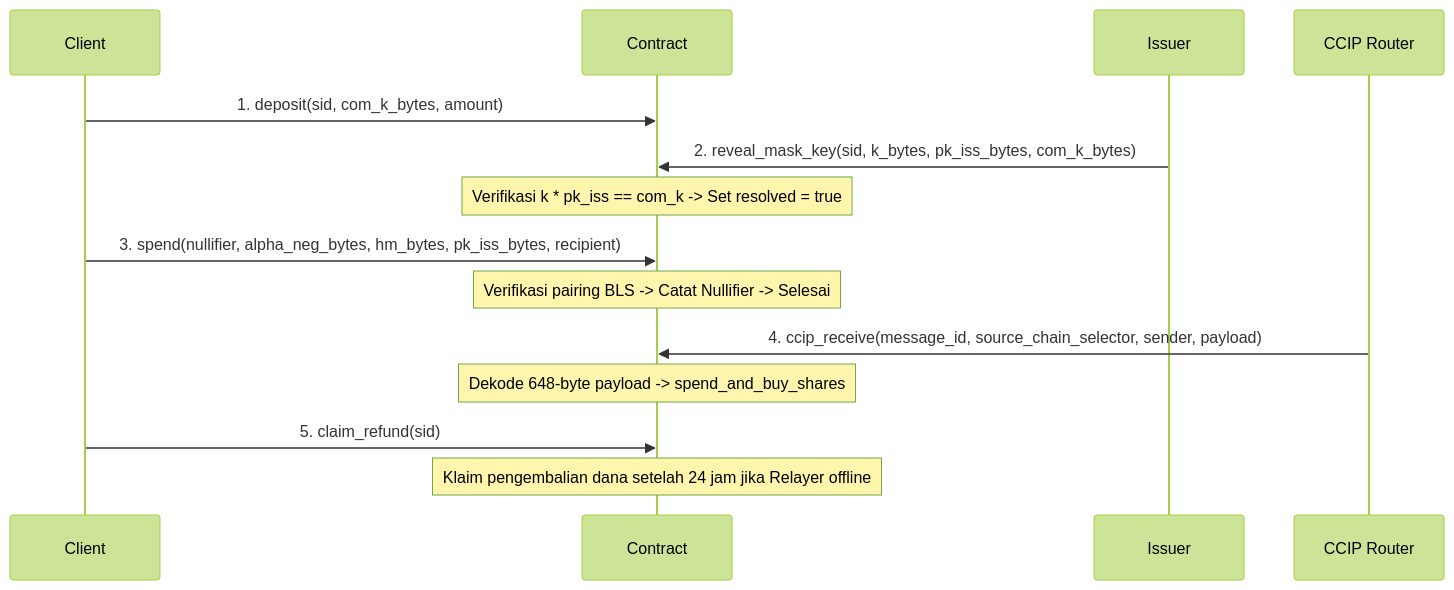
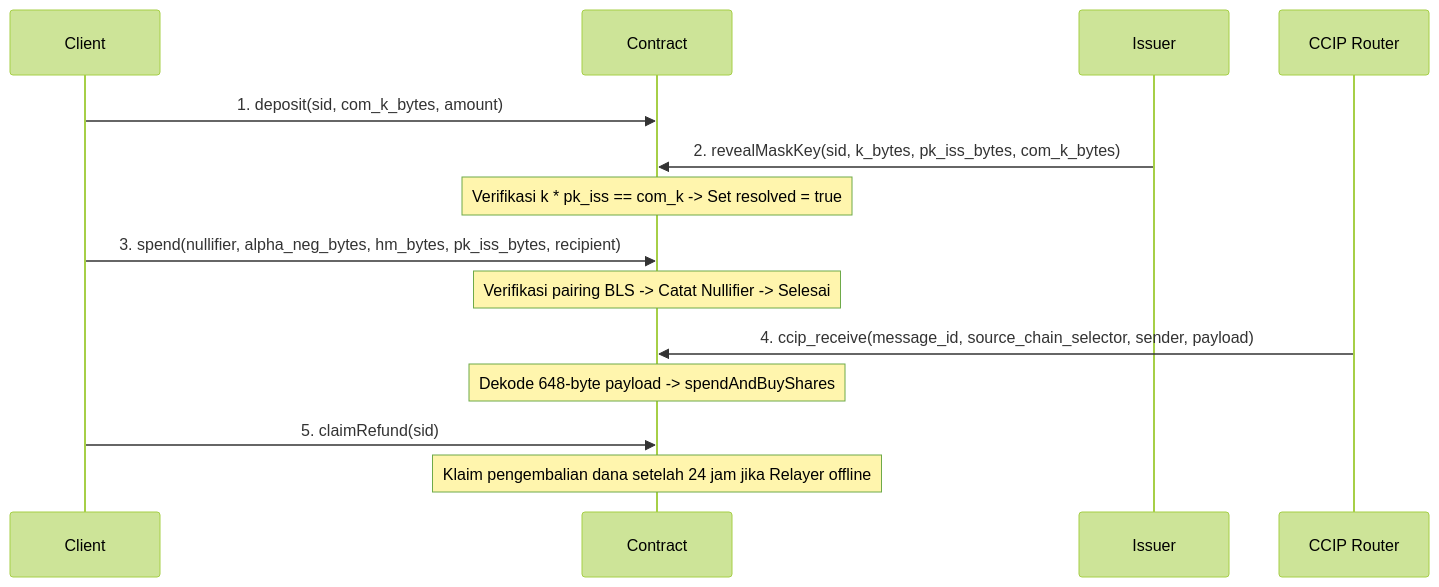
The diagram in docs/contract.md (0xReLogic/Zeltra-Protocol), drawn with Mermaid (forest theme) before and after one commit. The commit also changed other lines of this file and 5 other files, not shown here.

````diff
--- a/docs/contract.md
+++ b/docs/contract.md
@@ -73,12 +88,12 @@
 ```mermaid
 sequenceDiagram
     Client->>Contract: 1. deposit(sid, com_k_bytes, amount)
-    Issuer->>Contract: 2. reveal_mask_key(sid, k_bytes, pk_iss_bytes, com_k_bytes)
+    Issuer->>Contract: 2. revealMaskKey(sid, k_bytes, pk_iss_bytes, com_k_bytes)
     Note over Contract: Verifikasi k * pk_iss == com_k -> Set resolved = true
     Client->>Contract: 3. spend(nullifier, alpha_neg_bytes, hm_bytes, pk_iss_bytes, recipient)
     Note over Contract: Verifikasi pairing BLS -> Catat Nullifier -> Selesai
     CCIP Router->>Contract: 4. ccip_receive(message_id, source_chain_selector, sender, payload)
-    Note over Contract: Dekode 648-byte payload -> spend_and_buy_shares
-    Client->>Contract: 5. claim_refund(sid)
+    Note over Contract: Dekode 648-byte payload -> spendAndBuyShares
+    Client->>Contract: 5. claimRefund(sid)
     Note over Contract: Klaim pengembalian dana setelah 24 jam jika Relayer offline
 ```
````
